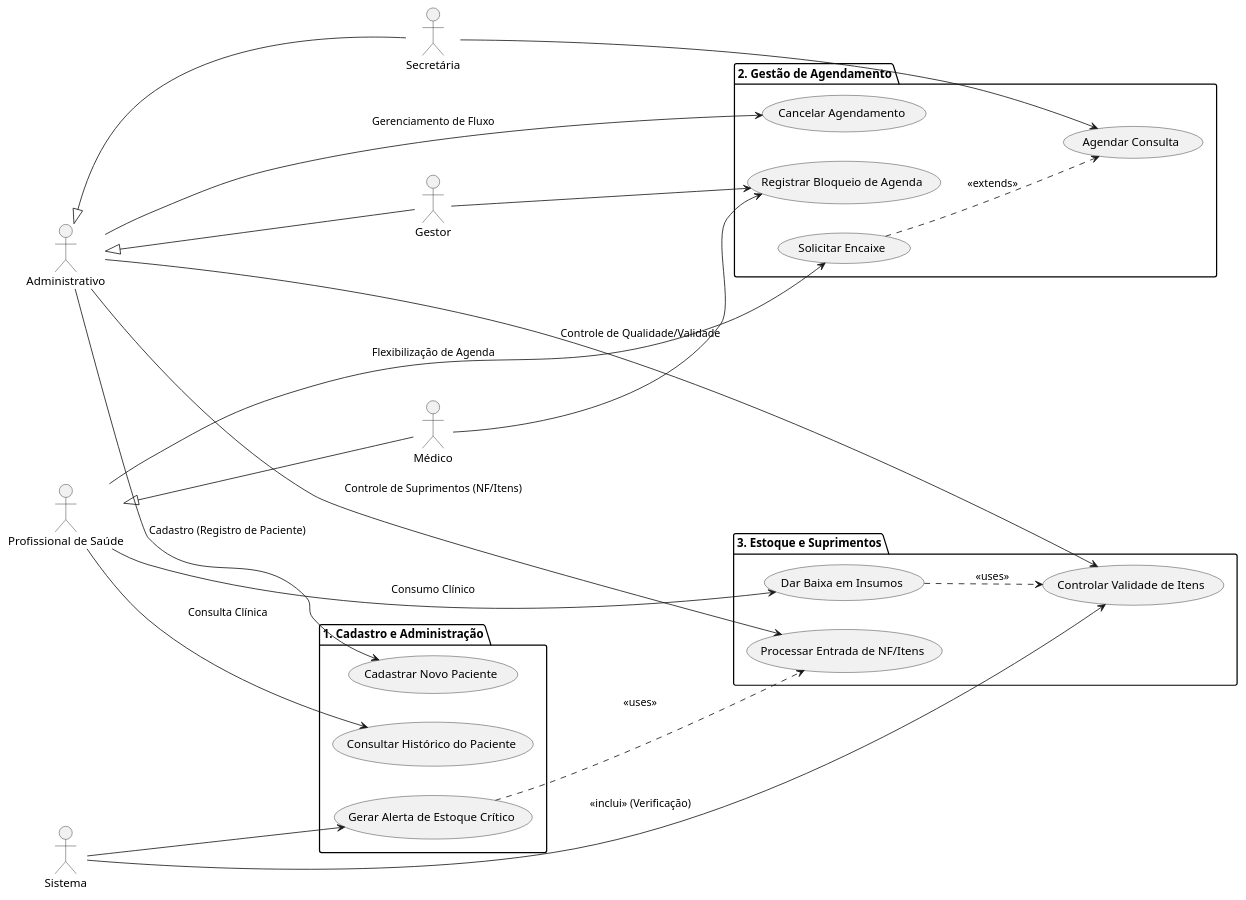
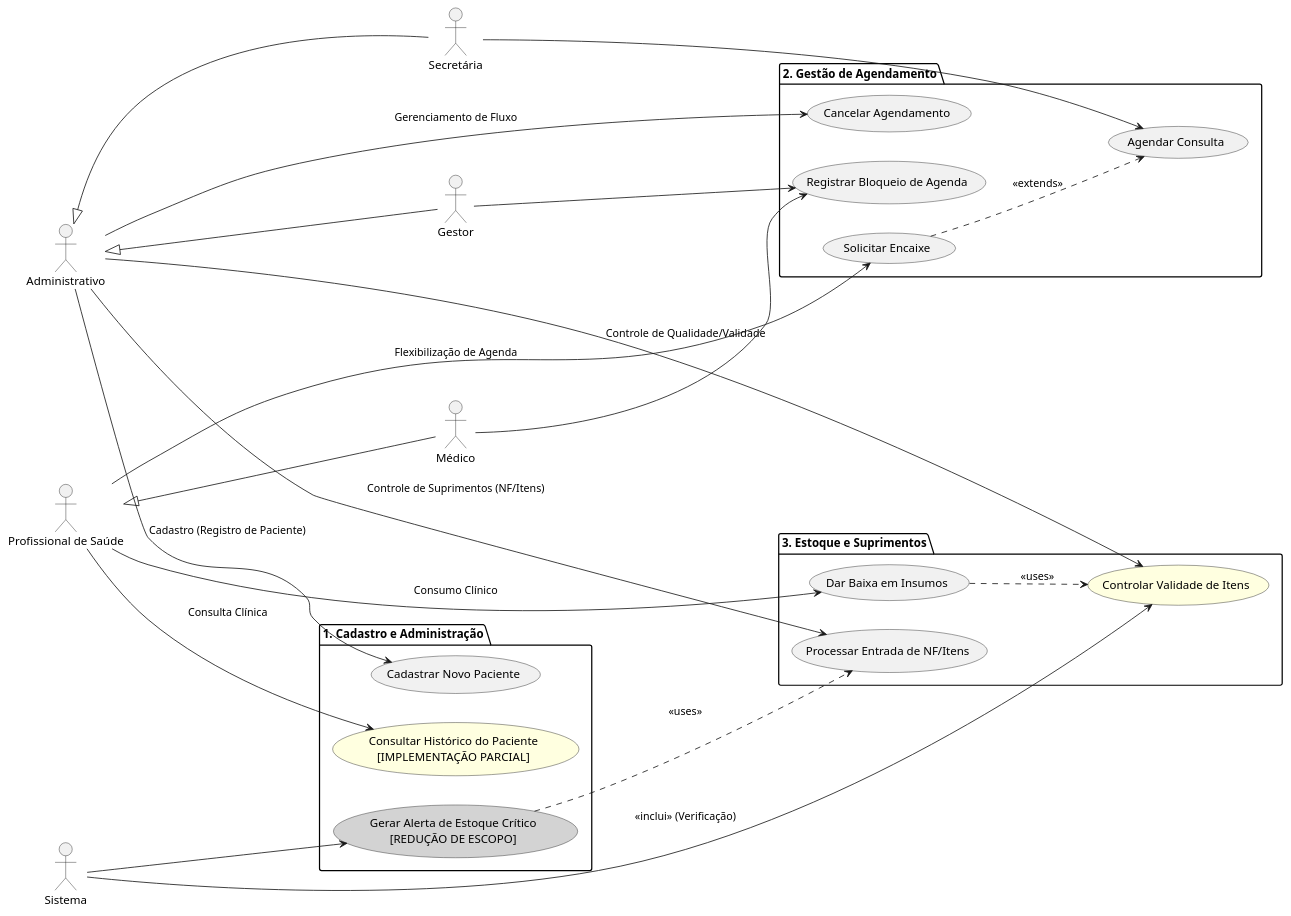
Before and after one commit to ps-es-2025-2/grupo4: the diagram in docs/documentos-finais-definitivos/3.2_3.3_Casos de uso/3.2. Diagrama global de Casos de Uso/3.2. Diagrama global de Casos de Uso.md, drawn with PlantUML. The commit also changed other lines of this file and 29 other files, not shown here.

```diff
--- a/docs/documentos-finais-definitivos/3.2_3.3_Casos de uso/3.2. Diagrama global de Casos de Uso/3.2. Diagrama global de Casos de Uso.md
+++ b/docs/documentos-finais-definitivos/3.2_3.3_Casos de uso/3.2. Diagrama global de Casos de Uso/3.2. Diagrama global de Casos de Uso.md
@@ -82,8 +123,8 @@
 ' ===============================================
 package "1. Cadastro e Administração" {
   usecase "Cadastrar Novo Paciente" as UC1
-  usecase "Consultar Histórico do Paciente" as UC8
-  usecase "Gerar Alerta de Estoque Crítico" as UC7
+  usecase "Consultar Histórico do Paciente\n[IMPLEMENTAÇÃO PARCIAL]" as UC8 #LightYellow
+  usecase "Gerar Alerta de Estoque Crítico\n[REDUÇÃO DE ESCOPO]" as UC7 #LightGray
 }
 
 package "2. Gestão de Agendamento" {
@@ -96,7 +137,7 @@
 package "3. Estoque e Suprimentos" {
   usecase "Dar Baixa em Insumos" as UC5
   usecase "Processar Entrada de NF/Itens" as UC6
-  usecase "Controlar Validade de Itens" as UC10
+  usecase "Controlar Validade de Itens" as UC10 #LightYellow
 }
 
 ' ===============================================
```
